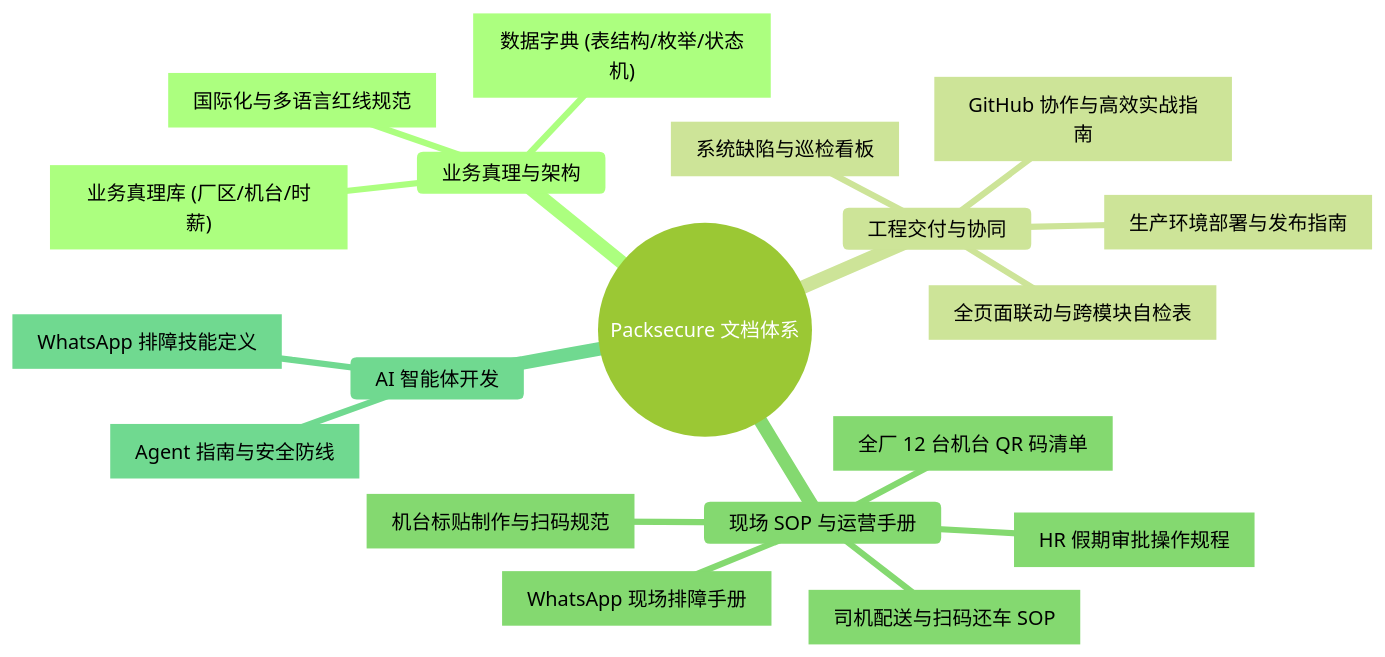
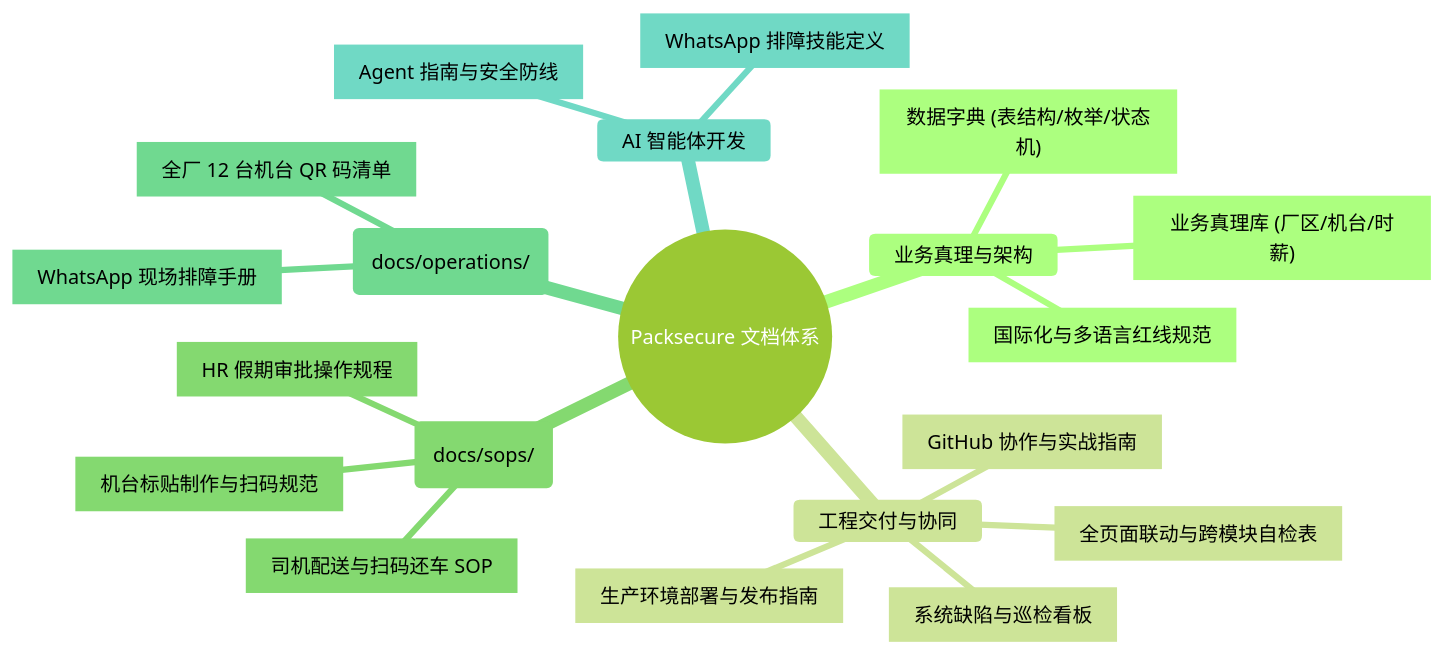
Before and after one commit to Shansui94/packsecure: the diagram in docs/README.md, drawn with Mermaid (forest theme). The commit also changed other lines of this file and 13 other files, not shown here.

````diff
--- a/docs/README.md
+++ b/docs/README.md
@@ -9,22 +9,23 @@
 ```mermaid
 mindmap
   root((Packsecure 文档体系))
     业务真理与架构
       BUSINESS_RULES.md["业务真理库 (厂区/机台/时薪)"]
       DATA_DICTIONARY.md["数据字典 (表结构/枚举/状态机)"]
       I18N_GUIDELINES.md["国际化与多语言红线规范"]
     工程交付与协同
-      GITHUB_WORKFLOW_GUIDE.md["GitHub 协作与高效实战指南"]
-      MANUAL_DEPLOY.md["生产环境部署与发布指南"]
+      GITHUB_WORKFLOW_GUIDE.md["GitHub 协作与实战指南"]
+      DEPLOYMENT_GUIDE.md["生产环境部署与发布指南"]
       PAGE_SYNC_CHECKLIST.md["全页面联动与跨模块自检表"]
       SYSTEM_ISSUES.md["系统缺陷与巡检看板"]
-    现场 SOP 与运营手册
+    车间现场 SOP (docs/sops/)
       SOP_Driver_Delivery.md["司机配送与扫码还车 SOP"]
       SOP_HR_Leave_Approval.md["HR 假期审批操作规程"]
       SOP_Machine_Labeling.md["机台标贴制作与扫码规范"]
+    现场运维 (docs/operations/)
       QR_CODES_LIST.md["全厂 12 台机台 QR 码清单"]
       WHATSAPP_ISSUE_TRIAGE.md["WhatsApp 现场排障手册"]
     AI 智能体开发
       AGENTS.md["Agent 指南与安全防线"]
       SKILL.md["WhatsApp 排障技能定义"]
 ```
````
